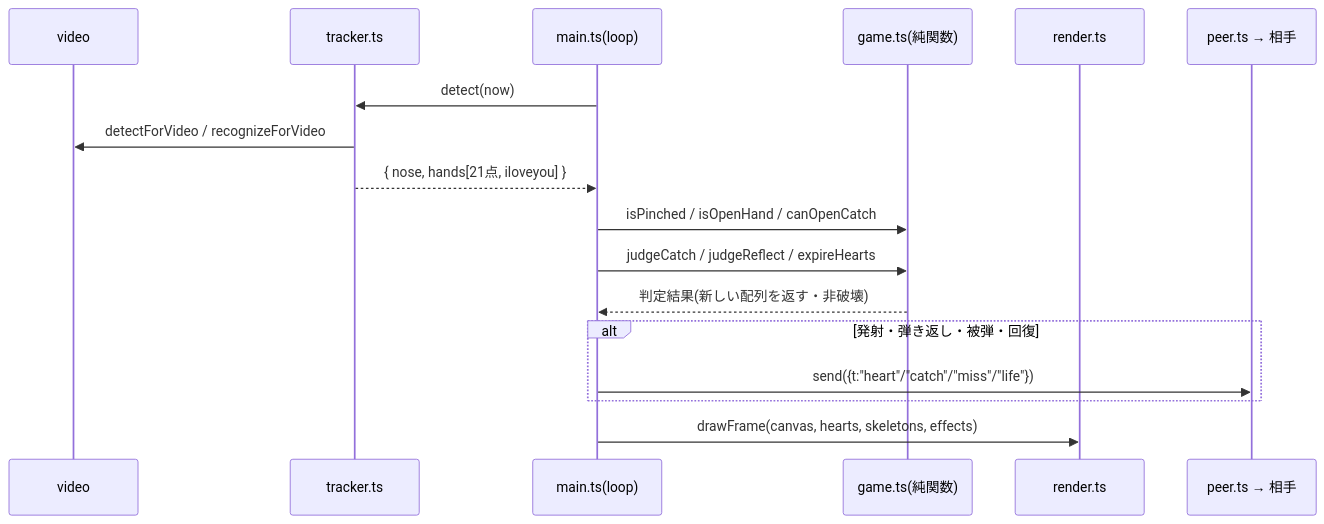
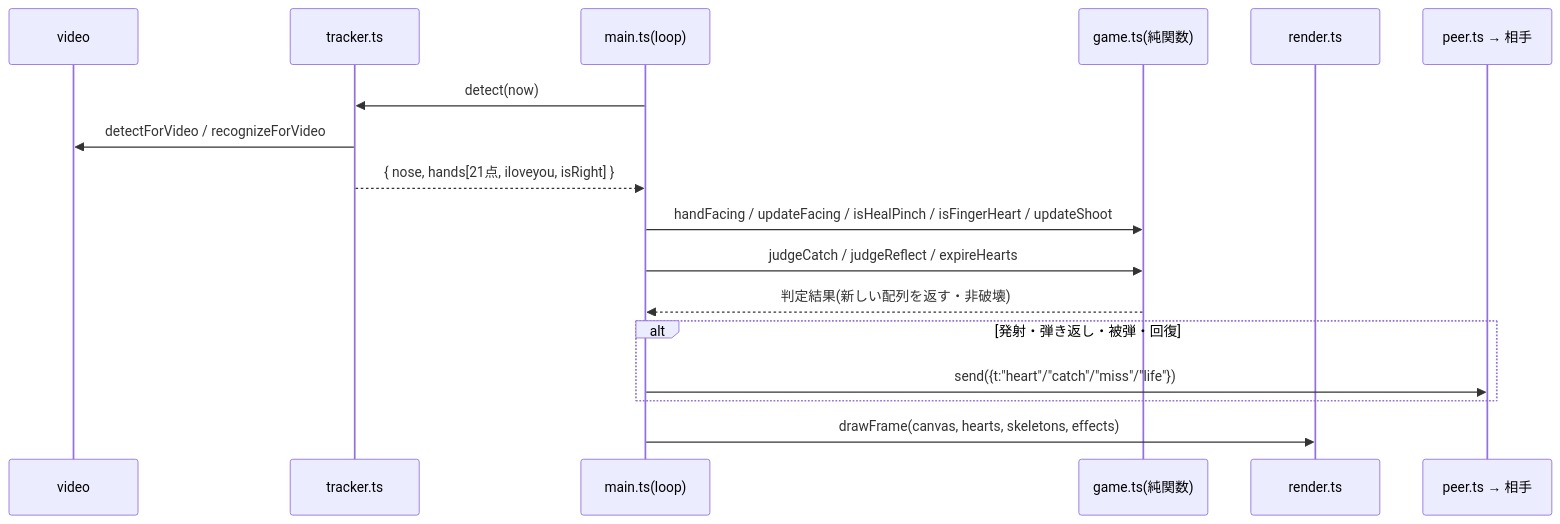
The third of 5 diagrams in docs/mediapipe-basics/development-guide.md (SomaTomita/mediapipe-test-app), drawn with Mermaid before and after one commit. The commit also changed other lines of this file and 2 other files, not shown here.

First line of the commit message:
docs: align operation model to facing-based heal/shoot (#58)

````diff
--- a/docs/mediapipe-basics/development-guide.md
+++ b/docs/mediapipe-basics/development-guide.md
@@ -64,20 +64,20 @@
 ```mermaid
 sequenceDiagram
     participant V as video
     participant T as tracker.ts
     participant M as main.ts(loop)
     participant G as game.ts(純関数)
     participant R as render.ts
     participant P as peer.ts → 相手
 
     M->>T: detect(now)
     T->>V: detectForVideo / recognizeForVideo
-    T-->>M: { nose, hands[21点, iloveyou] }
-    M->>G: isPinched / isOpenHand / canOpenCatch
+    T-->>M: { nose, hands[21点, iloveyou, isRight] }
+    M->>G: handFacing / updateFacing / isHealPinch / isFingerHeart / updateShoot
     M->>G: judgeCatch / judgeReflect / expireHearts
     G-->>M: 判定結果(新しい配列を返す・非破壊)
     alt 発射・弾き返し・被弾・回復
         M->>P: send({t:"heart"/"catch"/"miss"/"life"})
     end
     M->>R: drawFrame(canvas, hearts, skeletons, effects)
 ```
````
